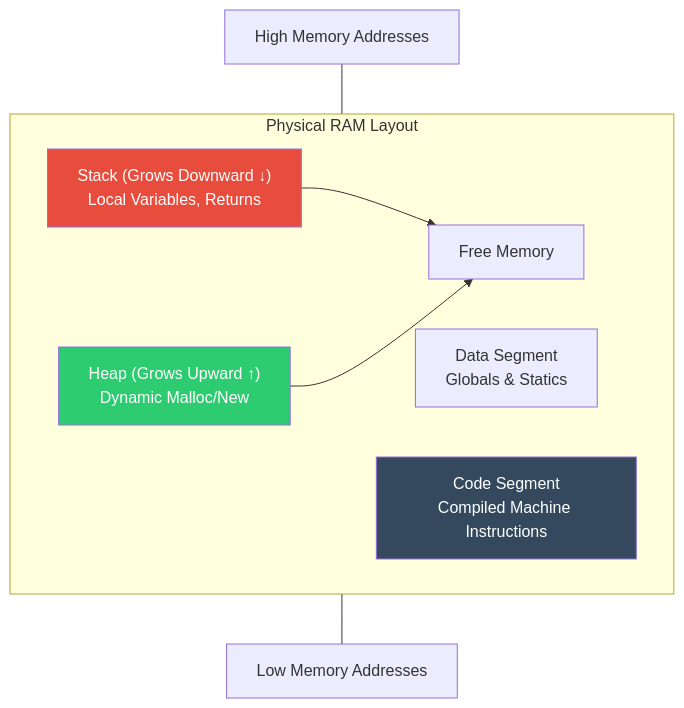
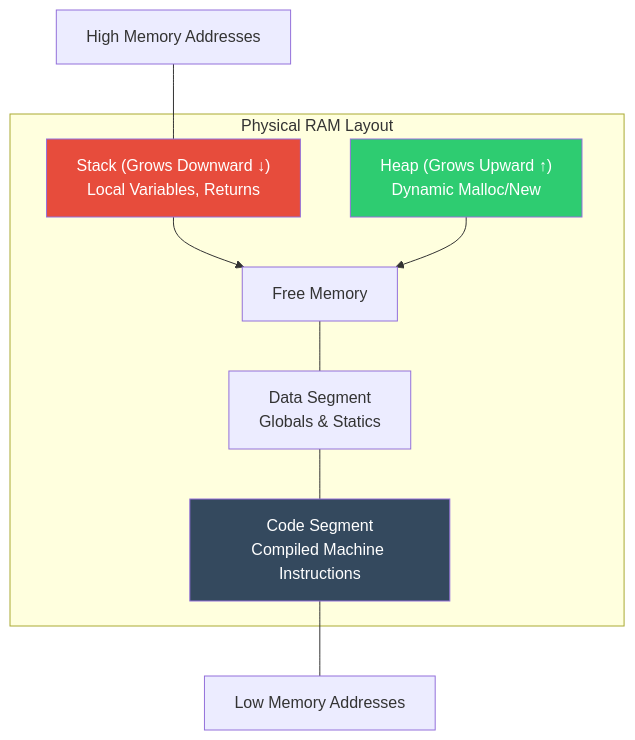
Diagram 18 of 21 in UGC_NET_Study_Guide.md (HimanshuVermaG/Antigravity), drawn with Mermaid before and after one commit. The commit also changed other lines of this file and 1 other file, not shown here.

````diff
--- a/UGC_NET_Study_Guide.md
+++ b/UGC_NET_Study_Guide.md
@@ -2184,21 +2419,26 @@
 ```mermaid
 graph TD
     High["High Memory Addresses"]
+    
     subgraph RAM [Physical RAM Layout]
-    Stack["Stack (Grows Downward ↓)<br>Local Variables, Returns"]
-    Empty["Free Memory"]
-    Heap["Heap (Grows Upward ↑)<br>Dynamic Malloc/New"]
-    Data["Data Segment<br>Globals & Statics"]
-    Code["Code Segment<br>Compiled Machine Instructions"]
+        Stack["Stack (Grows Downward ↓)<br>Local Variables, Returns"]
+        Empty["Free Memory"]
+        Heap["Heap (Grows Upward ↑)<br>Dynamic Malloc/New"]
+        Data["Data Segment<br>Globals & Statics"]
+        Code["Code Segment<br>Compiled Machine Instructions"]
+        
+        Stack --> Empty
+        Heap --> Empty
+        Empty --- Data
+        Data --- Code
     end
+    
     Low["Low Memory Addresses"]
     
-    High --- RAM
-    RAM --- Low
-    Stack --> Empty
-    Heap --> Empty
+    High --- Stack
+    Code --- Low
     
     style Stack fill:#e74c3c,color:#fff
     style Heap fill:#2ecc71,color:#fff
     style Code fill:#34495e,color:#fff
 ```
````
